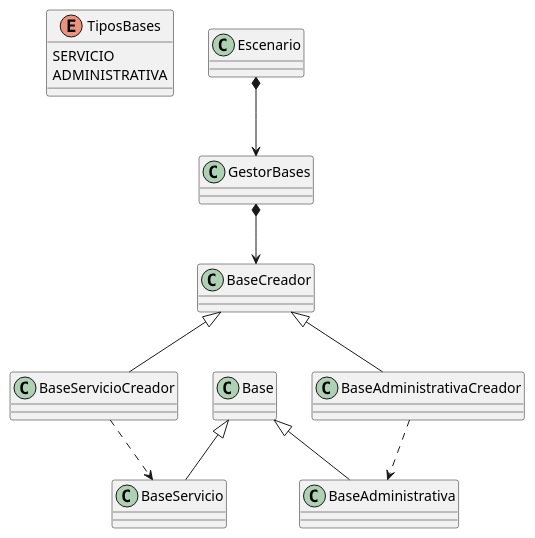
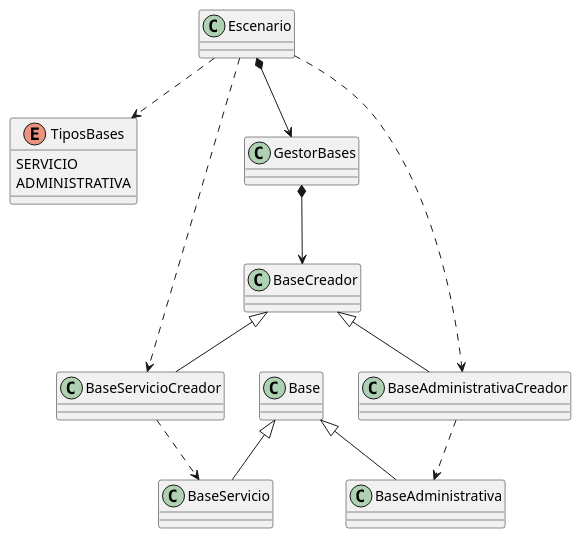
One commit to jumpering/DesignPatterns changed the diagram in src/main/java/ejercicioPatronesEmergencias/UML.puml. Above: the diagram before and after it, drawn with PlantUML.

Commit message:
second commit

```diff
--- a/src/main/java/ejercicioPatronesEmergencias/UML.puml
+++ b/src/main/java/ejercicioPatronesEmergencias/UML.puml
@@ -1,19 +1,20 @@
 @startuml
 Enum TiposBases{
 SERVICIO
 ADMINISTRATIVA
 }
-
-
 BaseCreador <|-down- BaseServicioCreador
 BaseCreador <|-down- BaseAdministrativaCreador
 Base <|-down- BaseServicio
 Base <|-down- BaseAdministrativa
 BaseServicioCreador ..> BaseServicio
 BaseAdministrativaCreador ..> BaseAdministrativa
 
 Escenario *--> GestorBases
 GestorBases *--> BaseCreador
 
+Escenario ..> TiposBases
 
+Escenario ..> BaseServicioCreador
+Escenario ..> BaseAdministrativaCreador
 @enduml
```
